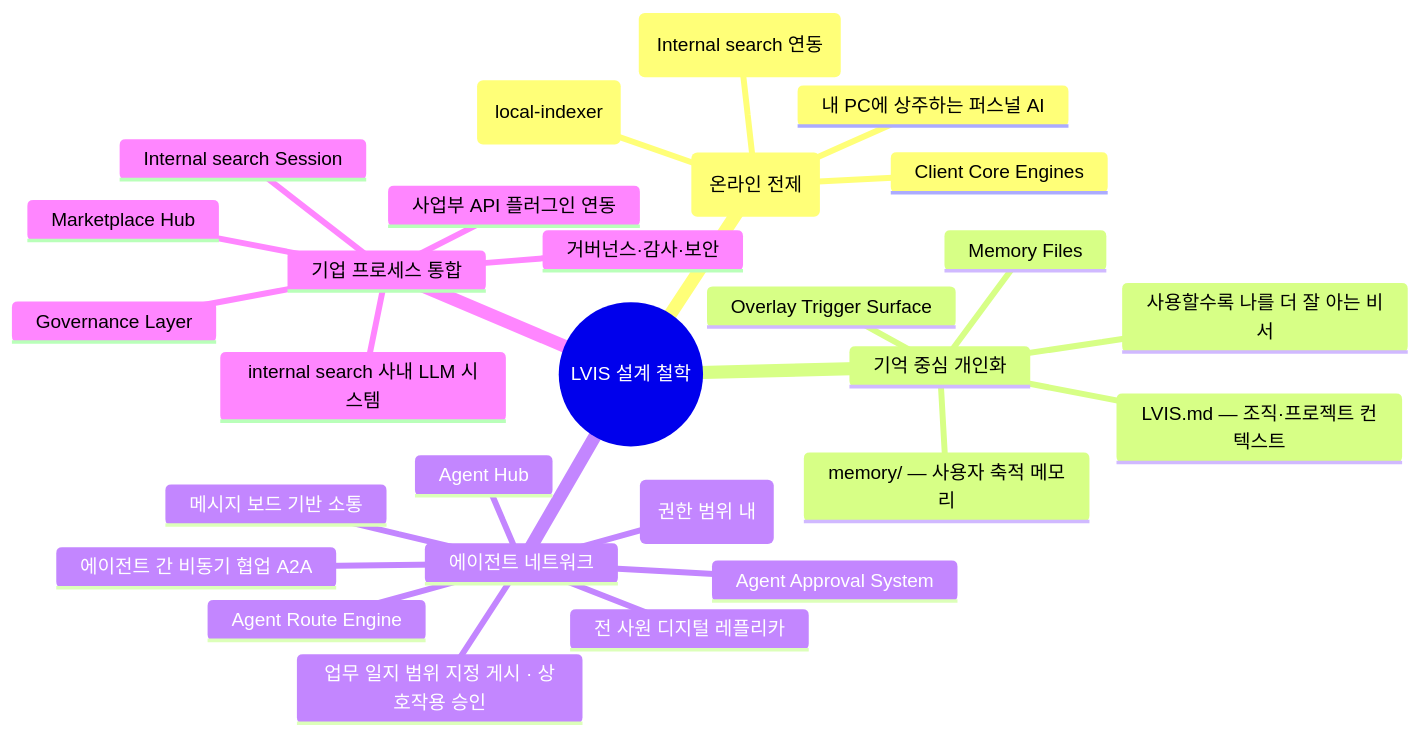
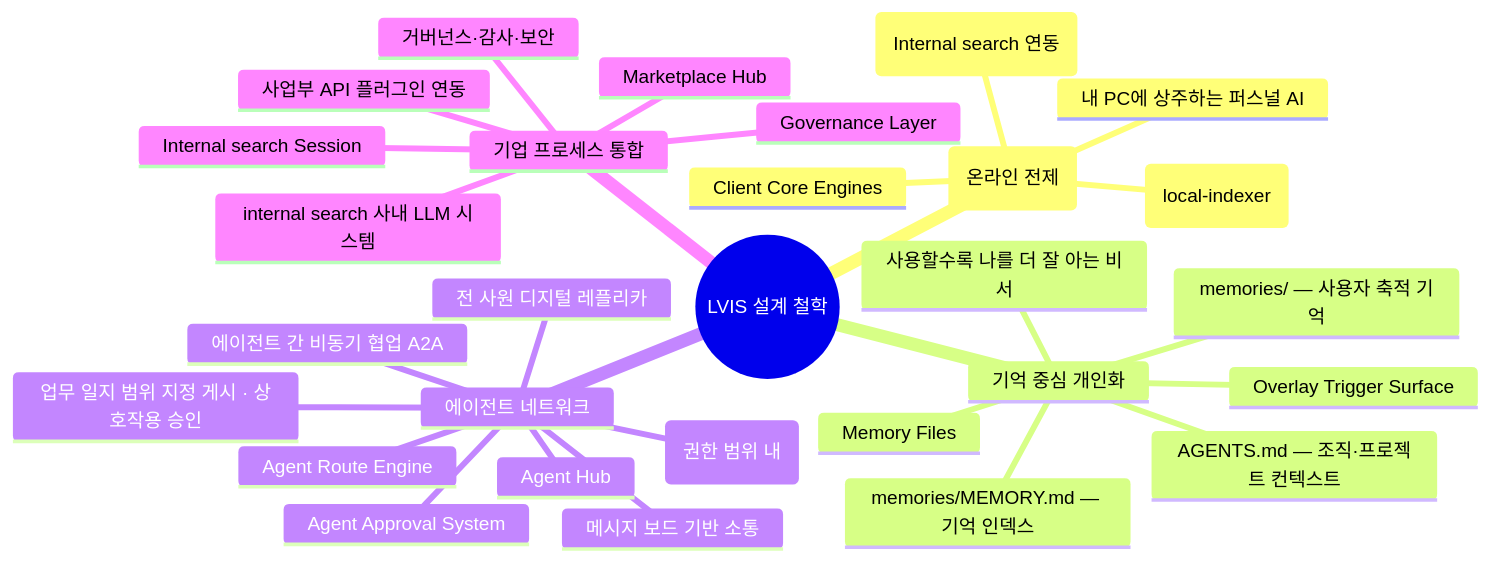
One commit to lvis-project/lvis-app changed the first of 44 diagrams in docs/architecture/architecture.md. Above: the diagram before and after it, drawn with Mermaid. The commit also changed other lines of this file and 48 other files, not shown here.

````diff
--- a/docs/architecture/architecture.md
+++ b/docs/architecture/architecture.md
@@ -45,31 +45,32 @@
 ```mermaid
 mindmap
   root((LVIS 설계 철학))
     설치형·로컬 기반 (온라인 전제)
       내 PC에 상주하는 퍼스널 AI
       로컬 문서·파일 인덱싱 (Internal search 연동)
       Local Index Engine (local-indexer)
       Client Core Engines
     기억 중심 개인화
-      LVIS.md — 조직·프로젝트 컨텍스트
-      memory/ — 사용자 축적 메모리
+      AGENTS.md — 조직·프로젝트 컨텍스트
+      memories/MEMORY.md — 기억 인덱스
+      memories/ — 사용자 축적 기억
       사용할수록 나를 더 잘 아는 비서
       Memory Files
       Overlay Trigger Surface
     에이전트 네트워크
       전 사원 디지털 레플리카
       에이전트 간 비동기 협업 A2A
       메시지 보드 기반 소통
       업무 일지 범위 지정 게시 · 상호작용 승인
       Hub 수시 열람 - 집단 지성 (권한 범위 내)
       Agent Hub
       Agent Route Engine
       Agent Approval System
     기업 프로세스 통합
       internal search 사내 LLM 시스템
       사업부 API 플러그인 연동
       거버넌스·감사·보안
       Internal search Session
       Marketplace Hub
       Governance Layer
 ```
````
